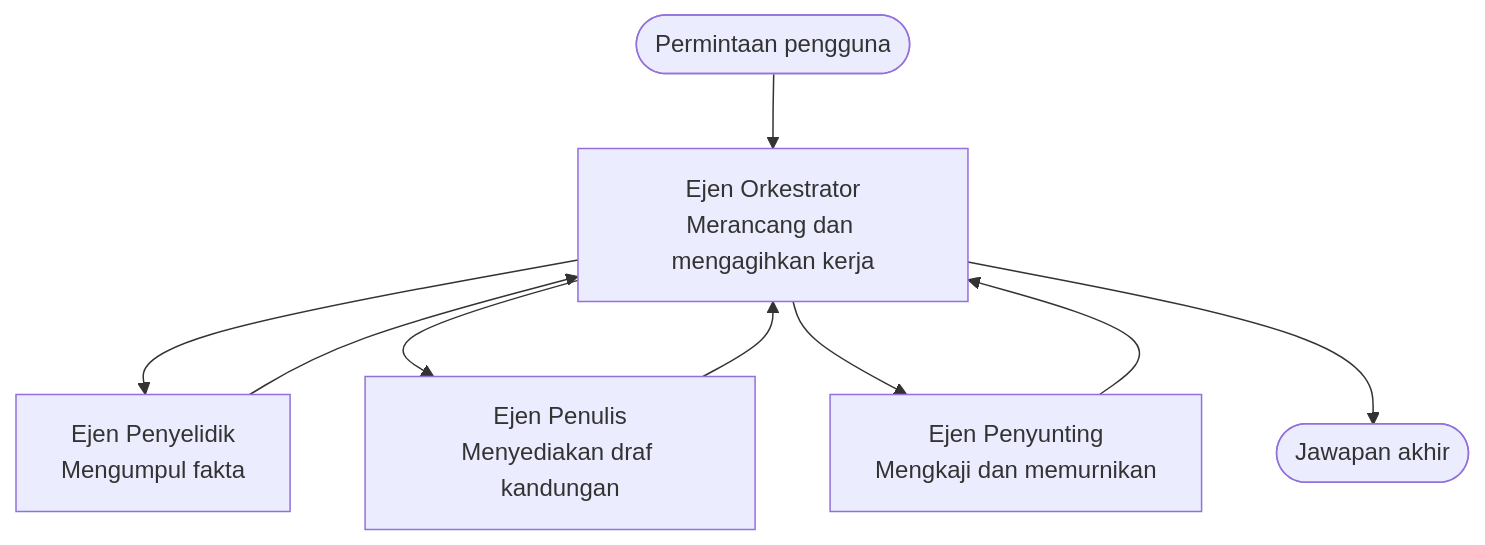
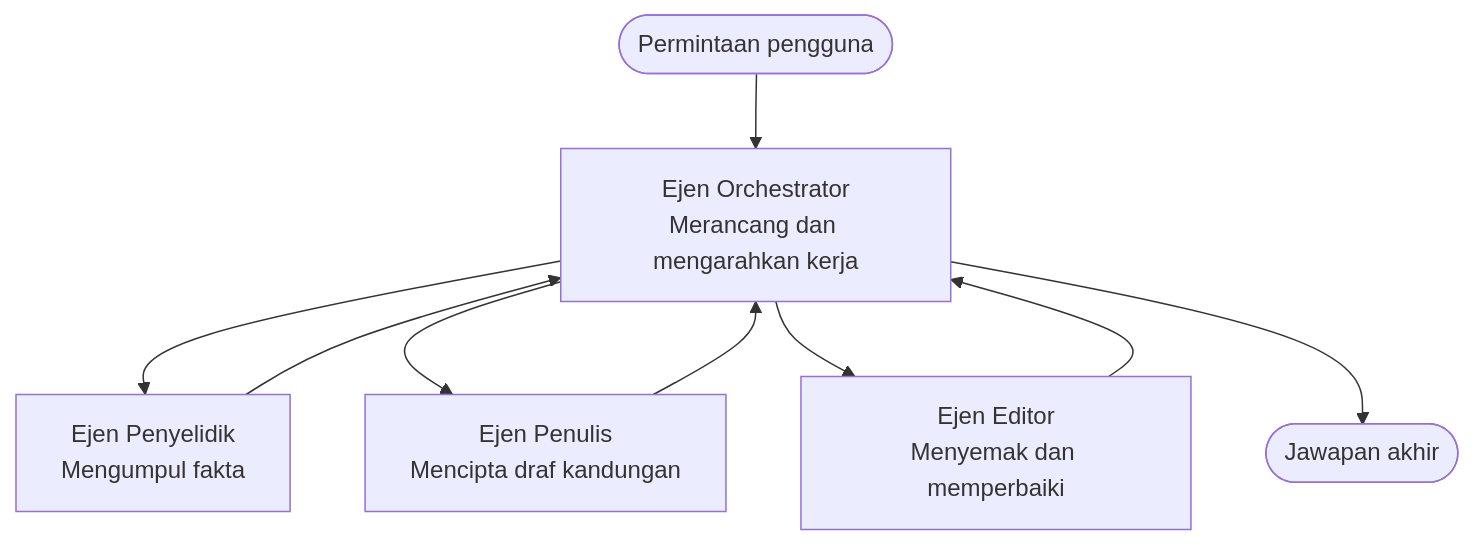
One commit to microsoft/AZD-for-beginners changed the diagram in translations/ms/docs/chapter-05-multi-agent/multi-agent-basics.md. Above: the diagram before and after it, drawn with Mermaid. The commit also changed other lines of this file and 58 other files, not shown here.

````diff
--- a/translations/ms/docs/chapter-05-multi-agent/multi-agent-basics.md
+++ b/translations/ms/docs/chapter-05-multi-agent/multi-agent-basics.md
@@ -43,11 +43,11 @@
 ```mermaid
 graph TD
-    User([Permintaan pengguna]) --> Orchestrator[Ejen Orkestrator<br/>Merancang dan mengagihkan kerja]
+    User([Permintaan pengguna]) --> Orchestrator[Ejen Orchestrator<br/>Merancang dan mengarahkan kerja]
     Orchestrator --> Researcher[Ejen Penyelidik<br/>Mengumpul fakta]
-    Orchestrator --> Writer[Ejen Penulis<br/>Menyediakan draf kandungan]
-    Orchestrator --> Editor[Ejen Penyunting<br/>Mengkaji dan memurnikan]
+    Orchestrator --> Writer[Ejen Penulis<br/>Mencipta draf kandungan]
+    Orchestrator --> Editor[Ejen Editor<br/>Menyemak dan memperbaiki]
     Researcher --> Orchestrator
     Writer --> Orchestrator
     Editor --> Orchestrator
     Orchestrator --> Result([Jawapan akhir])
 ```
````
